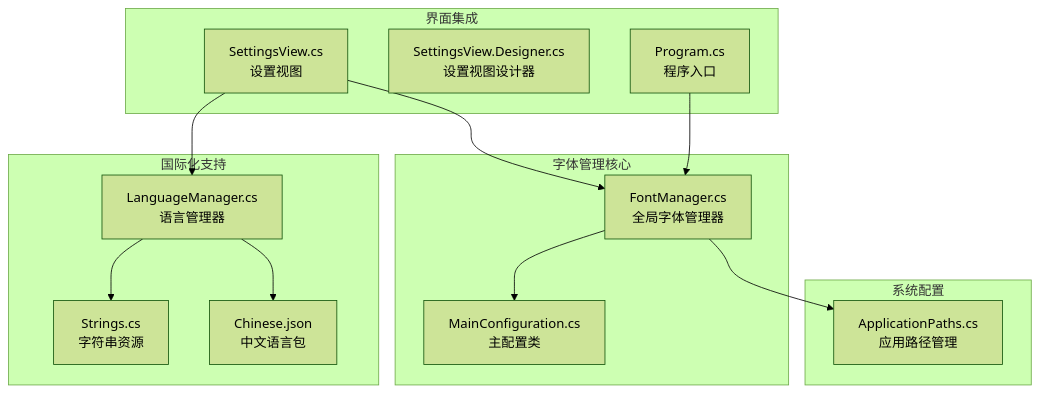
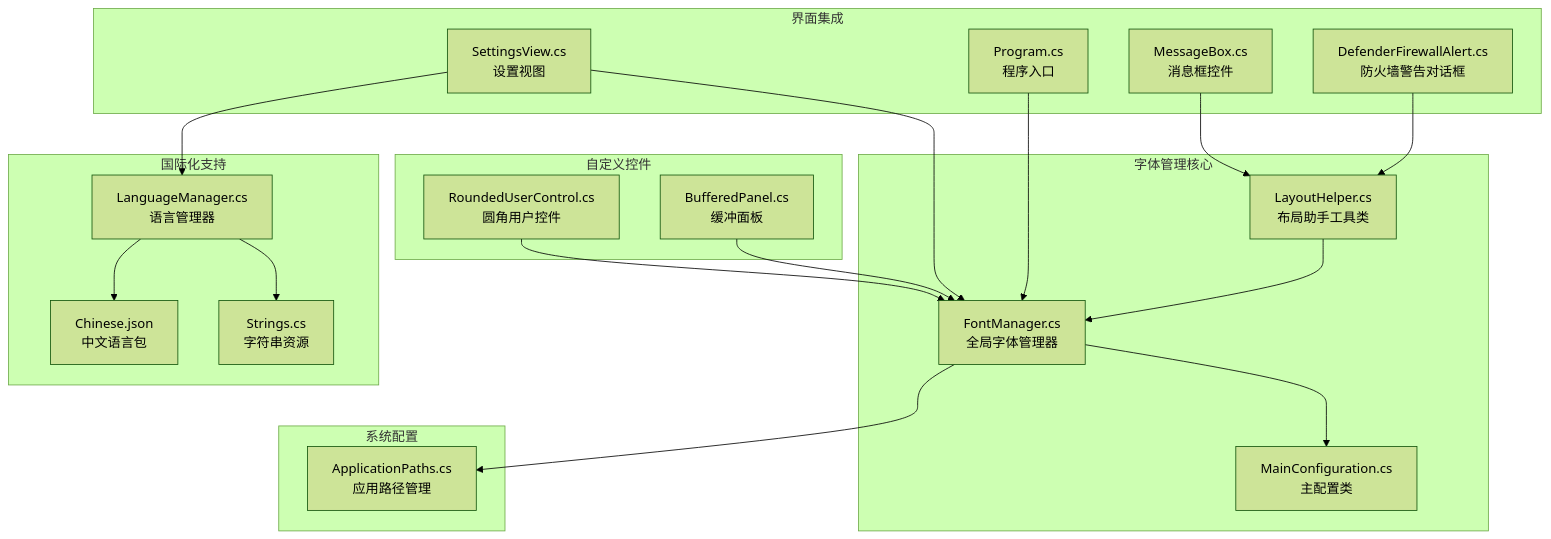
One commit to tea4go/Macro-Deck changed the first of 12 diagrams in .qoder/repowiki/zh/content/工具类库/字体管理系统.md. Above: the diagram before and after it, drawn with Mermaid (forest theme). The commit also changed other lines of this file and 63 other files, not shown here.

````diff
--- a/.qoder/repowiki/zh/content/工具类库/字体管理系统.md
+++ b/.qoder/repowiki/zh/content/工具类库/字体管理系统.md
@@ -46,27 +56,38 @@
 ```mermaid
 graph TB
 subgraph "字体管理核心"
 FM[FontManager.cs<br/>全局字体管理器]
+LH[LayoutHelper.cs<br/>布局助手工具类]
 MC[MainConfiguration.cs<br/>主配置类]
 end
 subgraph "界面集成"
 SV[SettingsView.cs<br/>设置视图]
-SD[SettingsView.Designer.cs<br/>设置视图设计器]
 PR[Program.cs<br/>程序入口]
+MB[MessageBox.cs<br/>消息框控件]
+DFA[DefenderFirewallAlert.cs<br/>防火墙警告对话框]
+end
+subgraph "自定义控件"
+RUC[RoundedUserControl.cs<br/>圆角用户控件]
+BP[BufferedPanel.cs<br/>缓冲面板]
 end
 subgraph "国际化支持"
 LM[LanguageManager.cs<br/>语言管理器]
 STR[Strings.cs<br/>字符串资源]
 CJ[Chinese.json<br/>中文语言包]
 end
 subgraph "系统配置"
 AP[ApplicationPaths.cs<br/>应用路径管理]
 end
 FM --> MC
+LH --> FM
 SV --> FM
 PR --> FM
+MB --> LH
+DFA --> LH
+RUC --> FM
+BP --> FM
 LM --> STR
 LM --> CJ
 SV --> LM
 FM --> AP
 ```
````
